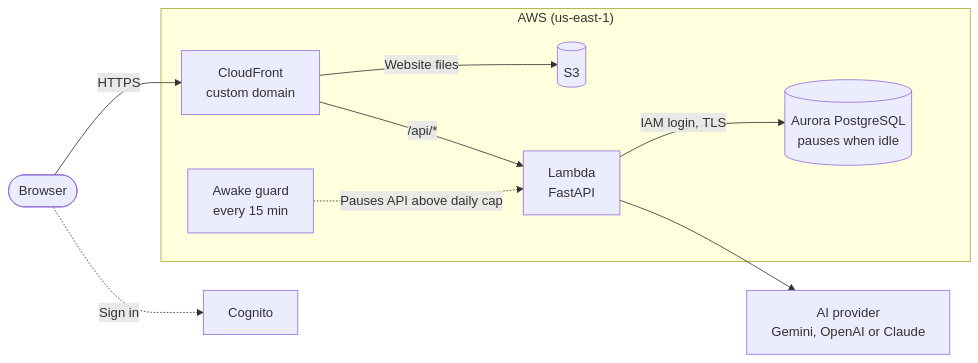
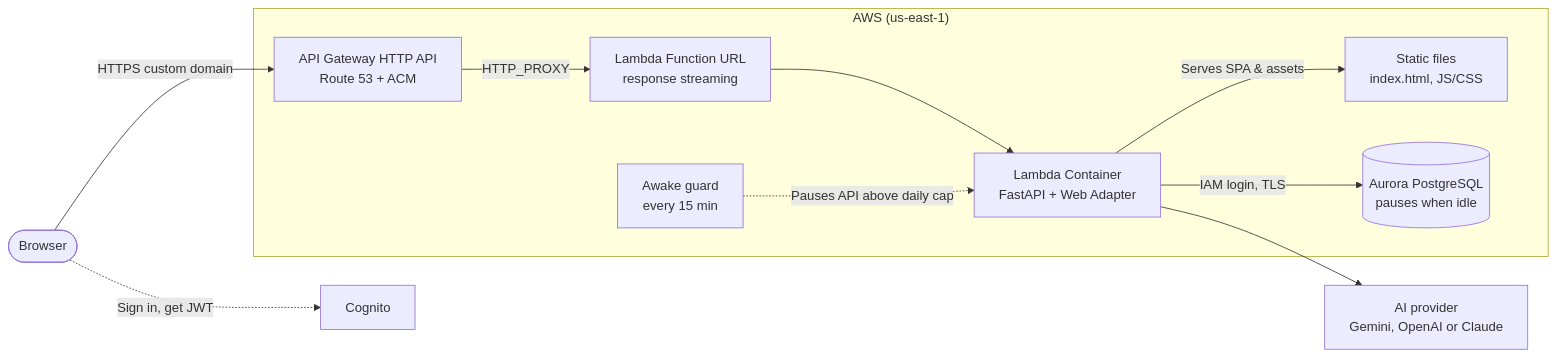
Before and after one commit to taitrd/ai-powered-chat: the diagram in docs/diagrams/architecture.mmd, drawn with Mermaid. The commit also changed 7 other files, not shown here.

Commit message:
docs: update deployment architecture docs

```diff
--- a/docs/diagrams/architecture.mmd
+++ b/docs/diagrams/architecture.mmd
@@ -1,12 +1,13 @@
 flowchart LR
-    Browser([Browser]) -->|HTTPS| CF[CloudFront<br/>custom domain]
-    Browser -.->|Sign in| Cognito[Cognito]
+    Browser([Browser]) -->|HTTPS custom domain| APIGW[API Gateway HTTP API<br/>Route 53 + ACM]
+    Browser -.->|Sign in, get JWT| Cognito[Cognito]
 
     subgraph AWS["AWS (us-east-1)"]
-        CF -->|Website files| S3[(S3)]
-        CF -->|"/api/*"| Lambda[Lambda<br/>FastAPI]
+        APIGW -->|HTTP_PROXY| URL[Lambda Function URL<br/>response streaming]
+        URL --> Lambda[Lambda Container<br/>FastAPI + Web Adapter]
+        Lambda -->|Serves SPA & assets| Static[Static files<br/>index.html, JS/CSS]
         Lambda -->|IAM login, TLS| Aurora[(Aurora PostgreSQL<br/>pauses when idle)]
         Guard[Awake guard<br/>every 15 min] -.->|Pauses API above daily cap| Lambda
     end
 
     Lambda --> AI[AI provider<br/>Gemini, OpenAI or Claude]
```
